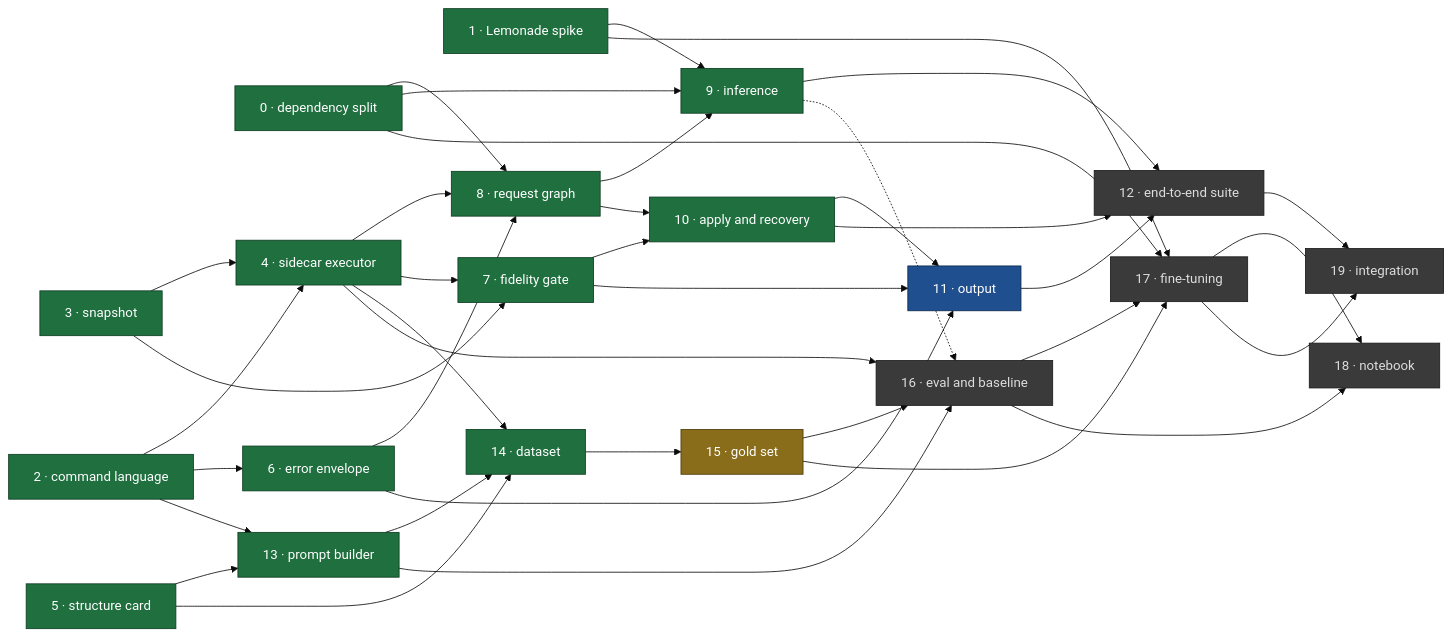
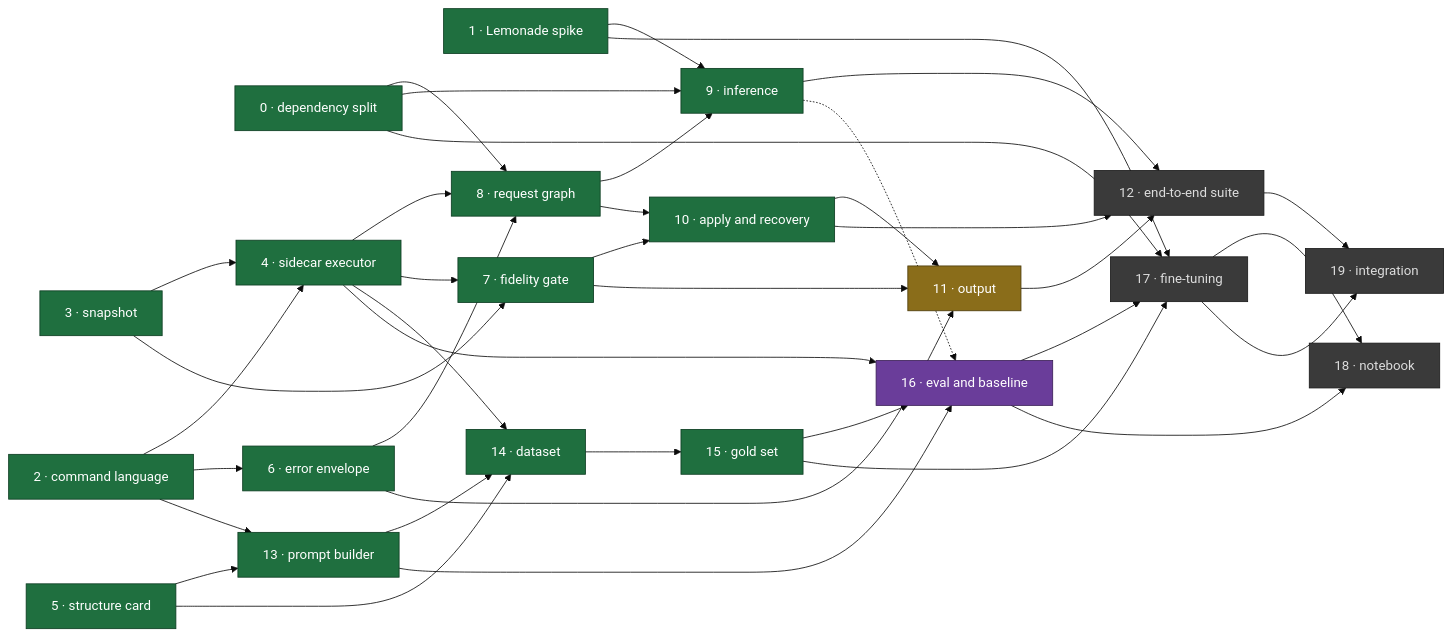
The diagram in docs/master_plan.md (urban233/pymol-copilot), drawn with Mermaid (base theme) before and after one commit. The commit also changed other lines of this file and 3 other files, not shown here.

````diff
--- a/docs/master_plan.md
+++ b/docs/master_plan.md
@@ -112,67 +112,67 @@
 ```mermaid
 flowchart LR
   classDef done fill:#1f6f3f,stroke:#0d3d22,color:#fff
   classDef review fill:#8a6d1a,stroke:#4d3c0c,color:#fff
   classDef ready fill:#1f4f8f,stroke:#0d2a4d,color:#fff
   classDef progress fill:#6a3d9a,stroke:#3a1f57,color:#fff
   classDef blocked fill:#3a3a3a,stroke:#1a1a1a,color:#ddd
 
   I0["0 · dependency split"]:::done
   I1["1 · Lemonade spike"]:::done
   I2["2 · command language"]:::done
   I3["3 · snapshot"]:::done
   I4["4 · sidecar executor"]:::done
   I5["5 · structure card"]:::done
   I6["6 · error envelope"]:::done
   I7["7 · fidelity gate"]:::done
   I8["8 · request graph"]:::done
   I9["9 · inference"]:::done
   I10["10 · apply and recovery"]:::done
-  I11["11 · output"]:::ready
+  I11["11 · output"]:::review
   I12["12 · end-to-end suite"]:::blocked
   I13["13 · prompt builder"]:::done
   I14["14 · dataset"]:::done
-  I15["15 · gold set"]:::review
-  I16["16 · eval and baseline"]:::blocked
+  I15["15 · gold set"]:::done
+  I16["16 · eval and baseline"]:::progress
   I17["17 · fine-tuning"]:::blocked
   I18["18 · notebook"]:::blocked
   I19["19 · integration"]:::blocked
 
   I2 --> I4
   I3 --> I4
   I2 --> I6
   I0 --> I8
   I4 --> I8
   I6 --> I8
   I3 --> I7
   I4 --> I7
   I0 --> I9
   I1 --> I9
   I8 --> I9
   I7 --> I10
   I8 --> I10
   I6 --> I11
   I7 --> I11
   I10 --> I11
   I9 --> I12
   I10 --> I12
   I11 --> I12
   I2 --> I13
   I5 --> I13
   I4 --> I14
   I5 --> I14
   I13 --> I14
   I14 --> I15
   I15 --> I16
   I13 --> I16
   I4 --> I16
   I9 -.-> I16
   I1 --> I17
   I0 --> I17
   I15 --> I17
   I16 --> I17
   I16 --> I18
   I17 --> I18
   I12 --> I19
   I17 --> I19
 ```
````
